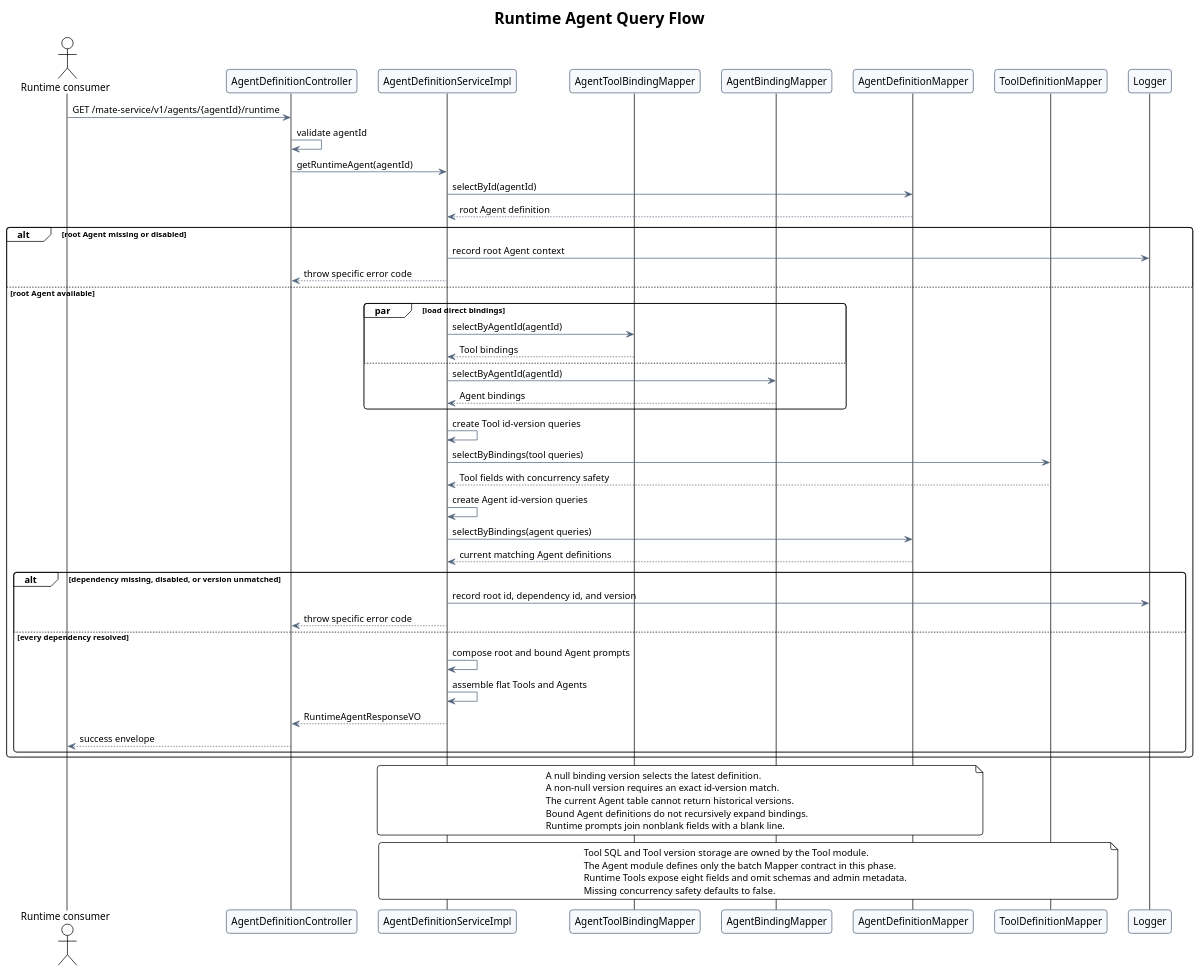
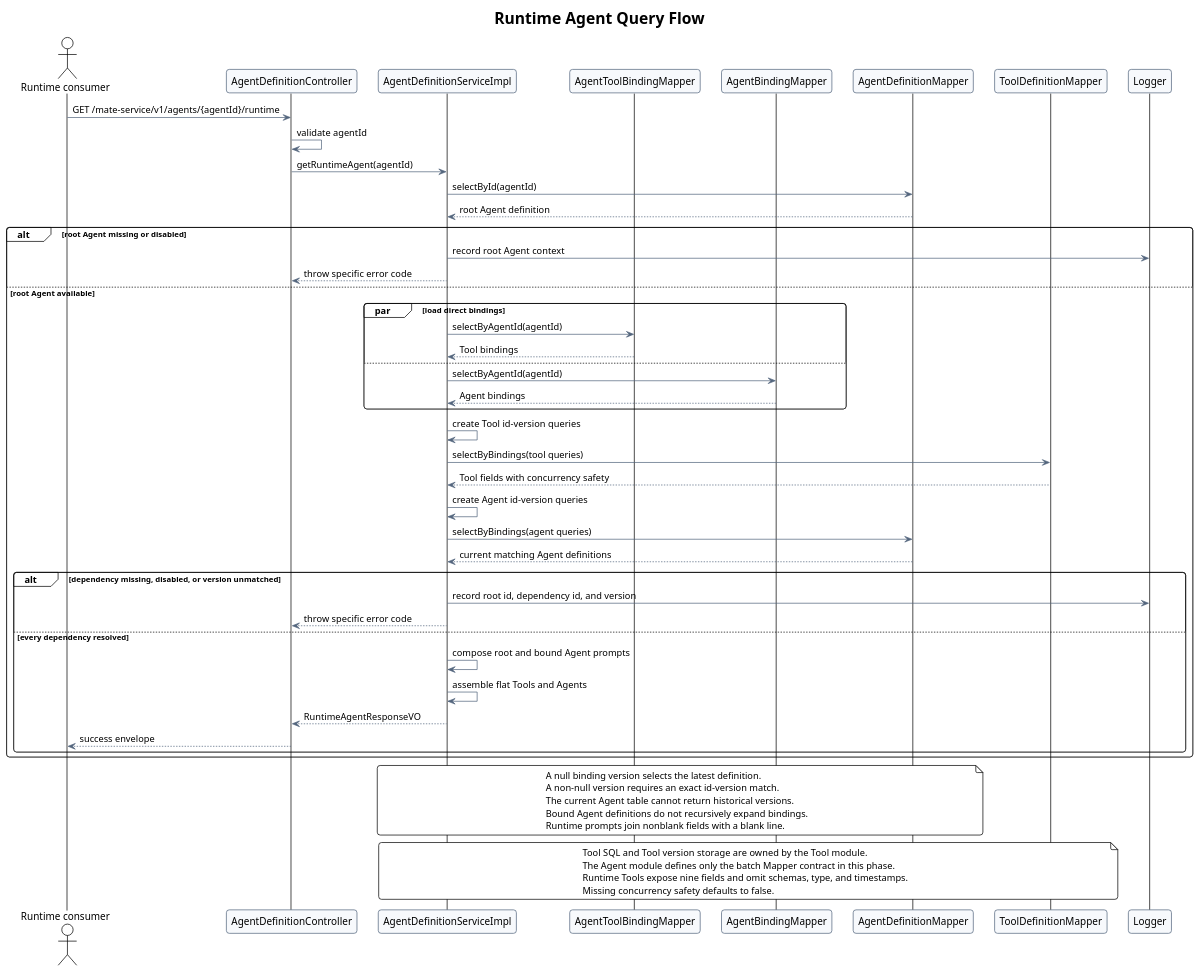
Before and after one commit to ssm0808/pi-mono-java-design: the second of 2 diagrams in agent-metadata-gaussdb-design/diagram.puml, drawn with PlantUML. The commit also changed other lines of this file and 3 other files, not shown here.

Commit message:
docs(agent): expose runtime tool status

```diff
--- a/agent-metadata-gaussdb-design/diagram.puml
+++ b/agent-metadata-gaussdb-design/diagram.puml
@@ -174,111 +174,111 @@
 @startuml runtime_agent_query_flow
 !theme plain
 title Runtime Agent Query Flow
 
 skinparam backgroundColor #FFFFFF
 skinparam shadowing false
 skinparam roundcorner 8
 skinparam sequenceArrowThickness 1
 skinparam ArrowColor #53657D
 skinparam ParticipantBorderColor #53657D
 skinparam ParticipantBackgroundColor #F7F9FC
 
 ' Source evidence:
 ' - mate-service baseline path and symbols:
 '   src/main/java/com/huawei/hicampus/mate/agentdefinition/controller/AgentDefinitionController.java
 '   AgentDefinitionController.getAgent.
 '   src/main/java/com/huawei/hicampus/mate/agentdefinition/service/AgentDefinitionService.java
 '   AgentDefinitionService.getAgent.
 '   src/main/java/com/huawei/hicampus/mate/agentdefinition/service/impl/AgentDefinitionServiceImpl.java
 '   AgentDefinitionServiceImpl.getAgent and loadAggregate.
 '   AgentDefinitionServiceImpl.getRuntimeAgent, resolveRuntimeTools,
 '   resolveRuntimeAgents, and indexDefinitions.
 '   src/main/java/com/huawei/hicampus/mate/agentdefinition/mapper/AgentDefinitionMapper.java
 '   AgentDefinitionMapper.selectById.
 '   AgentDefinitionMapper.selectByBindings.
 '   src/main/java/com/huawei/hicampus/mate/agentdefinition/mapper/AgentToolBindingMapper.java
 '   AgentToolBindingMapper.selectByAgentId.
 '   src/main/java/com/huawei/hicampus/mate/agentdefinition/mapper/AgentBindingMapper.java
 '   AgentBindingMapper.selectByAgentId.
 '   src/main/java/com/huawei/hicampus/mate/agentdefinition/mapper/ToolDefinitionMapper.java
 '   ToolDefinitionMapper.selectByBindings.
 '   src/main/java/com/huawei/hicampus/mate/agentdefinition/vo/RuntimeAgentResponseVO.java
 '   RuntimeAgentResponseVO flat Tool and Agent response contract.
 '   src/main/java/com/huawei/hicampus/mate/agentdefinition/vo/ToolDefinitionResponseVO.java
-'   ToolDefinitionResponseVO eight-field bindingTools element.
+'   ToolDefinitionResponseVO nine-field bindingTools element.
 '   src/main/java/com/huawei/hicampus/mate/agentdefinition/vo/RuntimeAgentDefinitionResponseVO.java
 '   RuntimeAgentDefinitionResponseVO seven-field bindingAgents element.
 ' - TOOL metadata JSON line 8 defines is_concurrency_safe; lines 14-23 define
 '   schemas that the Runtime Agent response intentionally omits.
 ' Observed behavior: getAgent returns binding identifiers and optional versions.
-' Observed behavior: getRuntimeAgent returns eight-field Tool and seven-field
+' Observed behavior: getRuntimeAgent returns nine-field Tool and seven-field
 ' bound Agent definitions without wrapper objects.
-' Both resolved response types omit type, timestamps, and enabled.
+' Both resolved response types omit type and timestamps; only Tool has enabled.
 ' Observed behavior: root and bound Agent prompts use the same composition.
 ' Integration pending: ToolDefinitionMapper SQL is supplied by the Tool owner.
 ' Design reason: batch dependency queries avoid one query per binding.
 ' Security hardening: a missing, disabled, or unmatched dependency fails closed.
 ' Product constraint: no partial Runtime Agent response is returned.
 ' Data-model constraint: t_agent_definition stores only the current Agent version.
 
 actor "Runtime consumer" as Consumer
 participant AgentDefinitionController as Controller
 participant AgentDefinitionServiceImpl as Service
 participant AgentToolBindingMapper as ToolBindingMapper
 participant AgentBindingMapper as AgentBindingMapper
 participant AgentDefinitionMapper as DefinitionMapper
 participant ToolDefinitionMapper as ToolMapper
 participant Logger
 
 Consumer -> Controller: GET /mate-service/v1/agents/{agentId}/runtime
 Controller -> Controller: validate agentId
 Controller -> Service: getRuntimeAgent(agentId)
 Service -> DefinitionMapper: selectById(agentId)
 DefinitionMapper --> Service: root Agent definition
 
 alt root Agent missing or disabled
   Service -> Logger: record root Agent context
   Service --> Controller: throw specific error code
 else root Agent available
   par load direct bindings
     Service -> ToolBindingMapper: selectByAgentId(agentId)
     ToolBindingMapper --> Service: Tool bindings
   else
     Service -> AgentBindingMapper: selectByAgentId(agentId)
     AgentBindingMapper --> Service: Agent bindings
   end
 
   Service -> Service: create Tool id-version queries
   Service -> ToolMapper: selectByBindings(tool queries)
   ToolMapper --> Service: Tool fields with concurrency safety
   Service -> Service: create Agent id-version queries
   Service -> DefinitionMapper: selectByBindings(agent queries)
   DefinitionMapper --> Service: current matching Agent definitions
 
   alt dependency missing, disabled, or version unmatched
     Service -> Logger: record root id, dependency id, and version
     Service --> Controller: throw specific error code
   else every dependency resolved
     Service -> Service: compose root and bound Agent prompts
     Service -> Service: assemble flat Tools and Agents
     Service --> Controller: RuntimeAgentResponseVO
     Controller --> Consumer: success envelope
   end
 end
 
 note over Service,DefinitionMapper
   A null binding version selects the latest definition.
   A non-null version requires an exact id-version match.
   The current Agent table cannot return historical versions.
   Bound Agent definitions do not recursively expand bindings.
   Runtime prompts join nonblank fields with a blank line.
 end note
 
 note over Service,ToolMapper
   Tool SQL and Tool version storage are owned by the Tool module.
   The Agent module defines only the batch Mapper contract in this phase.
-  Runtime Tools expose eight fields and omit schemas and admin metadata.
+  Runtime Tools expose nine fields and omit schemas, type, and timestamps.
   Missing concurrency safety defaults to false.
 end note
 
 @enduml
```
